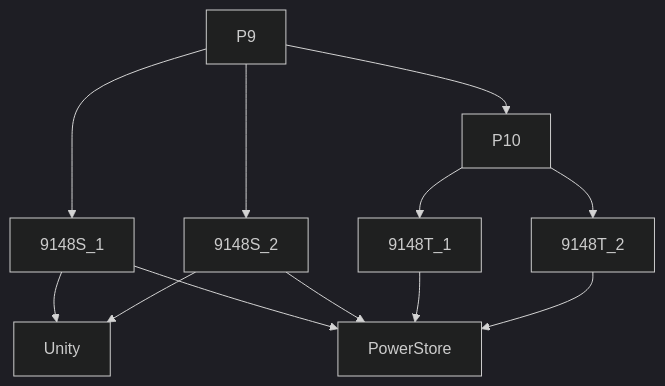
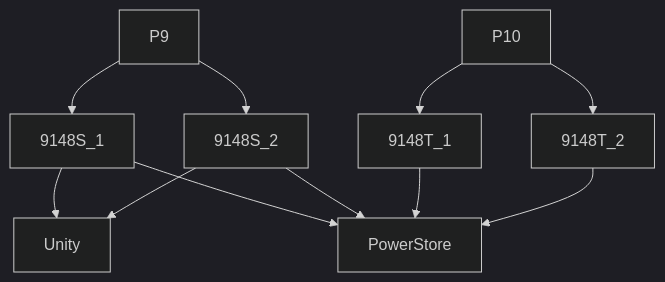
The diagram in mermaid/Storage.md (jauderho/sandbox), drawn with Mermaid (dark theme) before and after one commit.

````diff
--- a/mermaid/Storage.md
+++ b/mermaid/Storage.md
@@ -4,15 +4,15 @@
 ```mermaid
   graph TD
   P9-->9148S_1
   P9-->9148S_2
-  P9-->P10
+  
   P10-->9148T_1
   P10-->9148T_2
   
   9148S_1-->Unity
   9148S_2-->Unity
   9148S_1-->PowerStore
   9148S_2-->PowerStore
   9148T_1-->PowerStore
   9148T_2-->PowerStore
 ```
````
